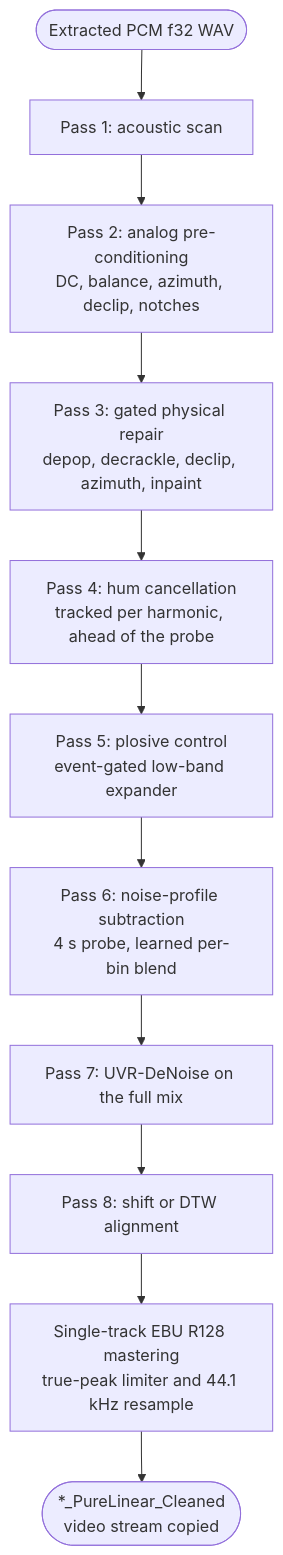
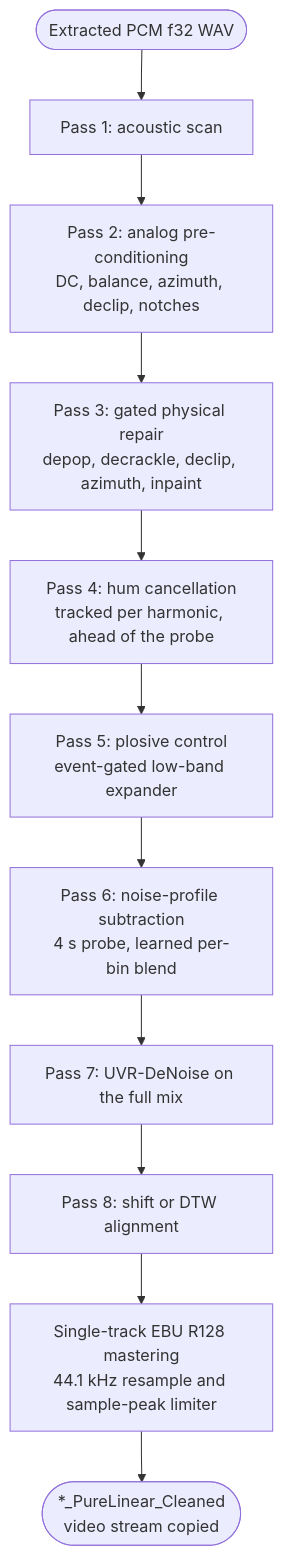
One commit to ventura8/AI-Hybrid-VHS-Audio-Restorer changed the sixth of 13 diagrams in docs/architecture.md. Above: the diagram before and after it, drawn with Mermaid. The commit also changed other lines of this file and 111 other files, not shown here.

````diff
--- a/docs/architecture.md
+++ b/docs/architecture.md
@@ -246,13 +256,13 @@
 ```mermaid
 flowchart TD
     A(["Extracted PCM f32 WAV"]) --> S["Pass 1: acoustic scan"]
     S --> P["Pass 2: analog pre-conditioning\nDC, balance, azimuth, declip, notches"]
     P --> R["Pass 3: gated physical repair\ndepop, decrackle, declip, azimuth, inpaint"]
     R --> H["Pass 4: hum cancellation\ntracked per harmonic, ahead of the probe"]
     H --> B["Pass 5: plosive control\nevent-gated low-band expander"]
     B --> N["Pass 6: noise-profile subtraction\n4 s probe, learned per-bin blend"]
     N --> D["Pass 7: UVR-DeNoise on the full mix"]
     D --> Y["Pass 8: shift or DTW alignment"]
-    Y --> M["Single-track EBU R128 mastering\ntrue-peak limiter and 44.1 kHz resample"]
+    Y --> M["Single-track EBU R128 mastering\n44.1 kHz resample and sample-peak limiter"]
     M --> O(["*_PureLinear_Cleaned\nvideo stream copied"])
 ```
````
